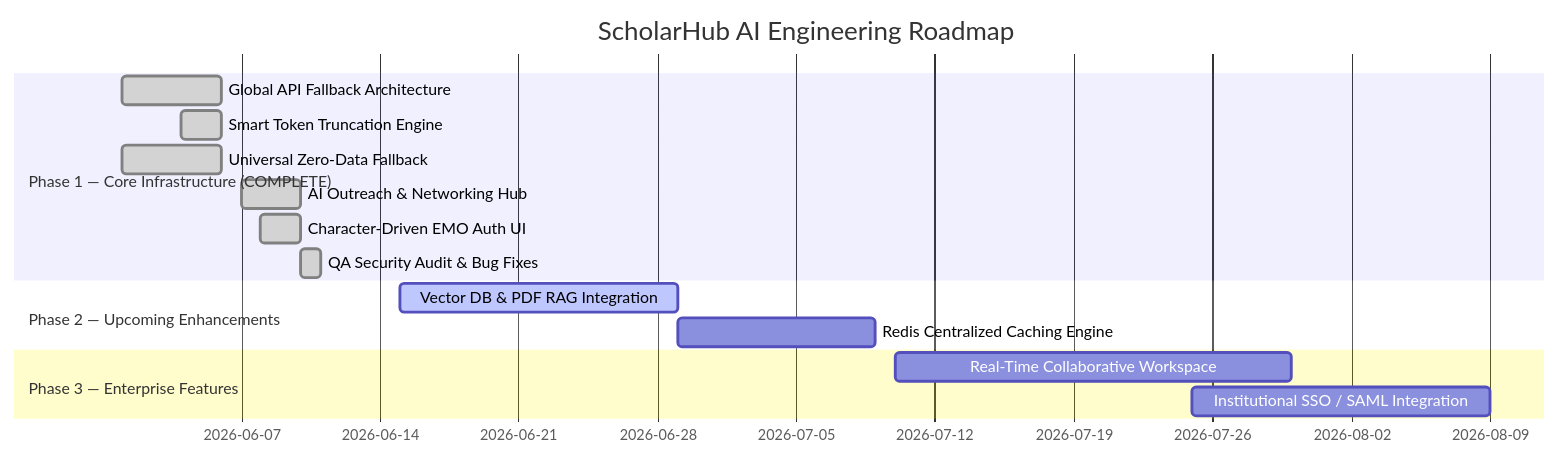
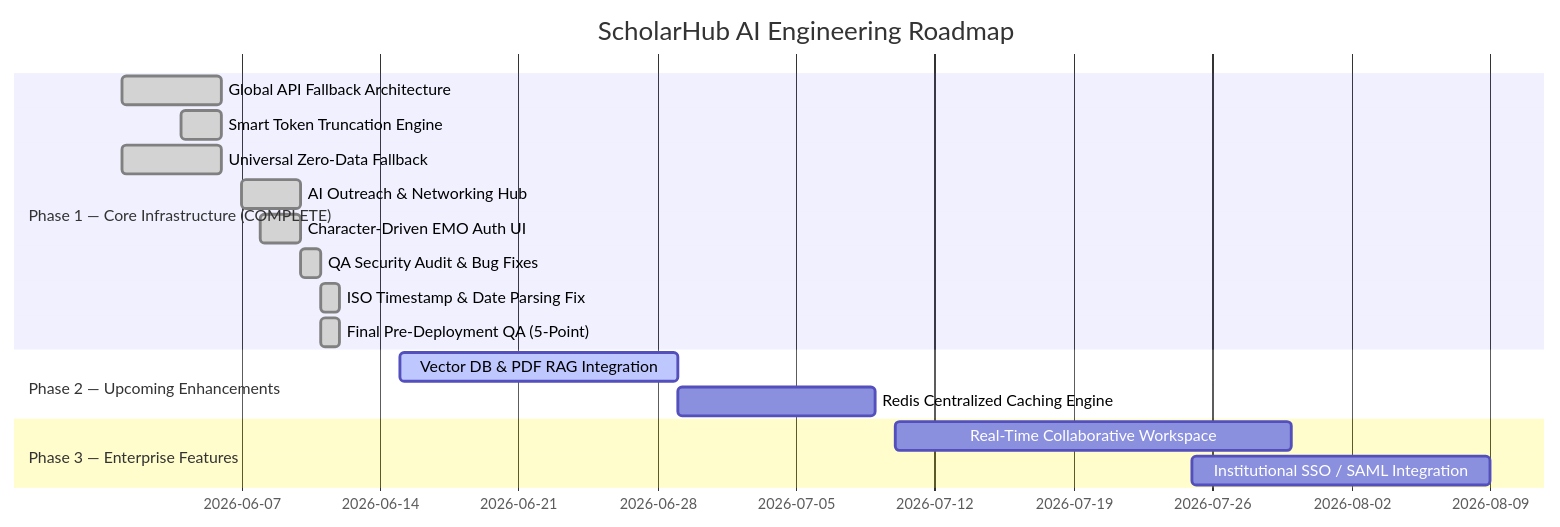
One commit to CodeWithPritom/ScholarHub-frontend changed diagram 11 of 11 in SYSTEM_ARCHITECTURE_DEEP_DIVE.md. Above: the diagram before and after it, drawn with Mermaid. The commit also changed other lines of this file and 13 other files, not shown here.

````diff
--- a/SYSTEM_ARCHITECTURE_DEEP_DIVE.md
+++ b/SYSTEM_ARCHITECTURE_DEEP_DIVE.md
@@ -388,21 +471,23 @@
 ```mermaid
 gantt
     title ScholarHub AI Engineering Roadmap
     dateFormat  YYYY-MM-DD
 
     section Phase 1 — Core Infrastructure (COMPLETE)
     Global API Fallback Architecture      :done, des1, 2026-06-01, 2026-06-06
     Smart Token Truncation Engine         :done, des2, 2026-06-04, 2026-06-06
     Universal Zero-Data Fallback          :done, des3, 2026-06-01, 2026-06-06
     AI Outreach & Networking Hub          :done, des4, 2026-06-07, 2026-06-10
     Character-Driven EMO Auth UI          :done, des5, 2026-06-08, 2026-06-10
     QA Security Audit & Bug Fixes         :done, des6, 2026-06-10, 2026-06-11
+    ISO Timestamp & Date Parsing Fix      :done, des6b, 2026-06-11, 1d
+    Final Pre-Deployment QA (5-Point)     :done, des6c, 2026-06-11, 1d
 
     section Phase 2 — Upcoming Enhancements
     Vector DB & PDF RAG Integration       :active, des7, 2026-06-15, 14d
     Redis Centralized Caching Engine      :        des8, after des7, 10d
 
     section Phase 3 — Enterprise Features
     Real-Time Collaborative Workspace     :        des9,  2026-07-10, 20d
     Institutional SSO / SAML Integration  :        des10, 2026-07-25, 15d
 ```
````
